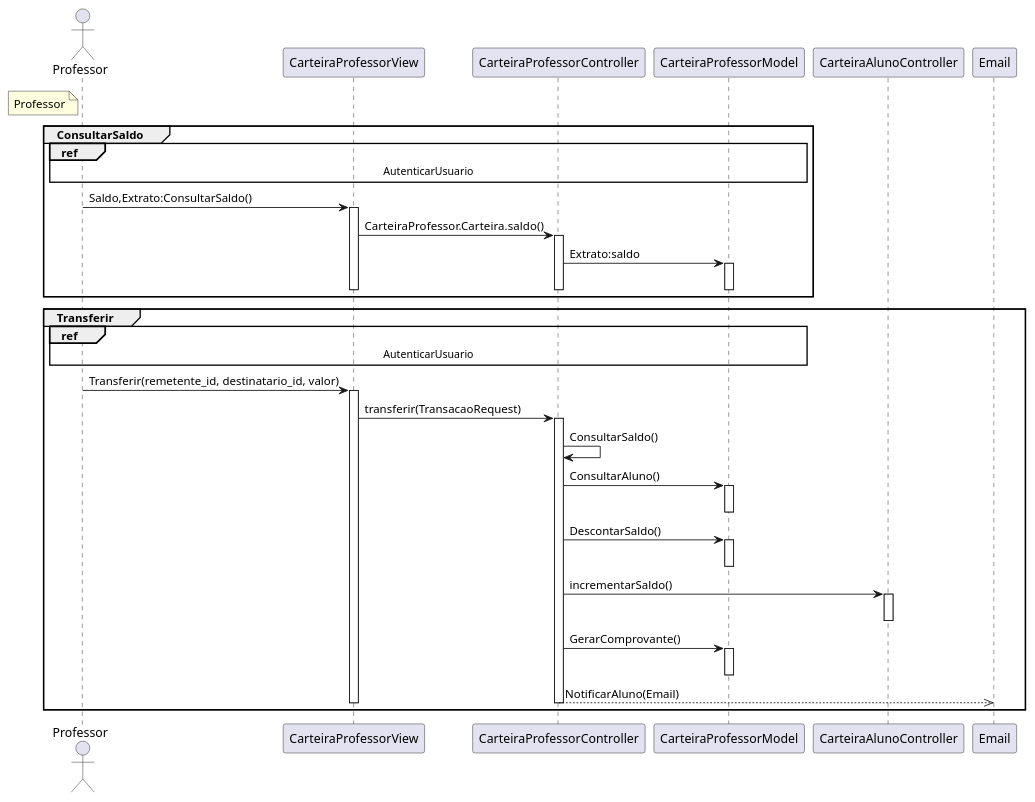
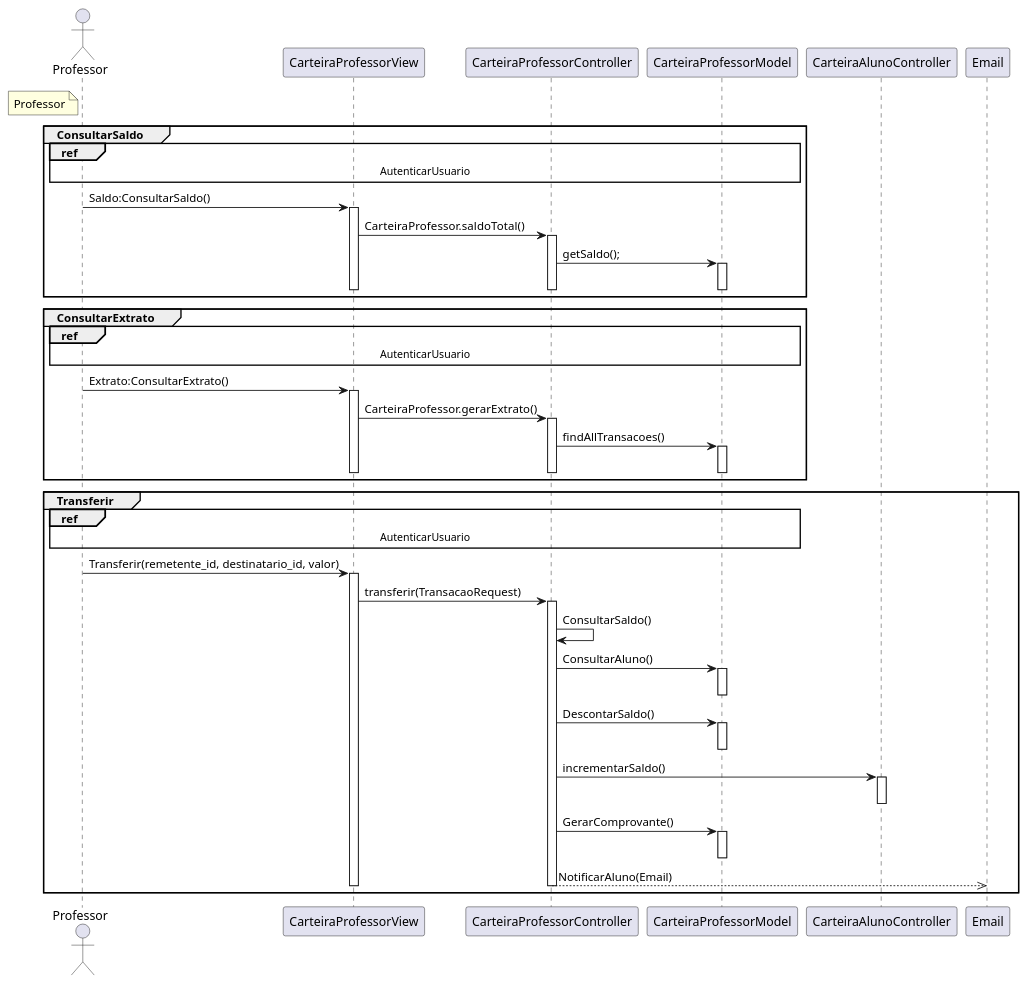
One commit to G4BR-13-L/lab-desenvolvimento-de-software changed the diagram in laboratorio-4/sprint-2/projeto/plantuml/sequencia/Professor.plantuml. Above: the diagram before and after it, drawn with PlantUML. The commit also changed 1 other file, not shown here.

Commit message:
Remoção de retorno multiplo dos diagramas

```diff
--- a/laboratorio-4/sprint-2/projeto/plantuml/sequencia/Professor.plantuml
+++ b/laboratorio-4/sprint-2/projeto/plantuml/sequencia/Professor.plantuml
@@ -1,53 +1,66 @@
 @startuml Professor
 
 actor "Professor" as Professor
 note left of Professor #LightYellow
     Professor
 end note
 
 participant "CarteiraProfessorView" as CarteiraProfessorView
 participant "CarteiraProfessorController" as CarteiraProfessorController
 participant "CarteiraProfessorModel" as CarteiraProfessorModel
 
 group ConsultarSaldo
     ref over Professor,CarteiraProfessorView, CarteiraProfessorController, CarteiraProfessorModel : AutenticarUsuario
-    Professor -> CarteiraProfessorView : Saldo,Extrato:ConsultarSaldo()
+    Professor -> CarteiraProfessorView : Saldo:ConsultarSaldo()
     activate CarteiraProfessorView
-    CarteiraProfessorView -> CarteiraProfessorController : CarteiraProfessor.Carteira.saldo()
+    CarteiraProfessorView -> CarteiraProfessorController : CarteiraProfessor.saldoTotal()
     activate CarteiraProfessorController
-    CarteiraProfessorController -> CarteiraProfessorModel : Extrato:saldo
+    CarteiraProfessorController -> CarteiraProfessorModel : getSaldo();
+    activate CarteiraProfessorModel
+    deactivate CarteiraProfessorModel
+    deactivate CarteiraProfessorController
+    deactivate CarteiraProfessorView
+end
+
+group ConsultarExtrato
+    ref over Professor,CarteiraProfessorView, CarteiraProfessorController, CarteiraProfessorModel : AutenticarUsuario
+    Professor -> CarteiraProfessorView : Extrato:ConsultarExtrato()
+    activate CarteiraProfessorView
+    CarteiraProfessorView -> CarteiraProfessorController : CarteiraProfessor.gerarExtrato()
+    activate CarteiraProfessorController
+    CarteiraProfessorController -> CarteiraProfessorModel : findAllTransacoes()
     activate CarteiraProfessorModel
     deactivate CarteiraProfessorModel
     deactivate CarteiraProfessorController
     deactivate CarteiraProfessorView
 end
 
 group Transferir
     ref over Professor,CarteiraProfessorView, CarteiraProfessorController, CarteiraProfessorModel : AutenticarUsuario
     Professor -> CarteiraProfessorView :  Transferir(remetente_id, destinatario_id, valor)
     activate CarteiraProfessorView
     CarteiraProfessorView -> CarteiraProfessorController : transferir(TransacaoRequest)
     activate CarteiraProfessorController
     CarteiraProfessorController -> CarteiraProfessorController : ConsultarSaldo()
     CarteiraProfessorController -> CarteiraProfessorModel : ConsultarAluno()
     activate CarteiraProfessorModel
     deactivate  CarteiraProfessorModel
     CarteiraProfessorController -> CarteiraProfessorModel : DescontarSaldo()
     activate CarteiraProfessorModel
     deactivate CarteiraProfessorModel
     CarteiraProfessorController -> CarteiraAlunoController: incrementarSaldo()
     activate CarteiraAlunoController
     deactivate CarteiraAlunoController
     CarteiraProfessorController -> CarteiraProfessorModel : GerarComprovante()
     activate CarteiraProfessorModel
     deactivate CarteiraProfessorModel
     CarteiraProfessorController -->> Email : NotificarAluno(Email)
     deactivate CarteiraProfessorController
     deactivate CarteiraProfessorView
 end
 ' --> Sincrono
 ' -->> Assincrono
 ' <-- Retorno Sincrono
 ' <<-- Retorno Assíncrono
 
 @enduml
```
